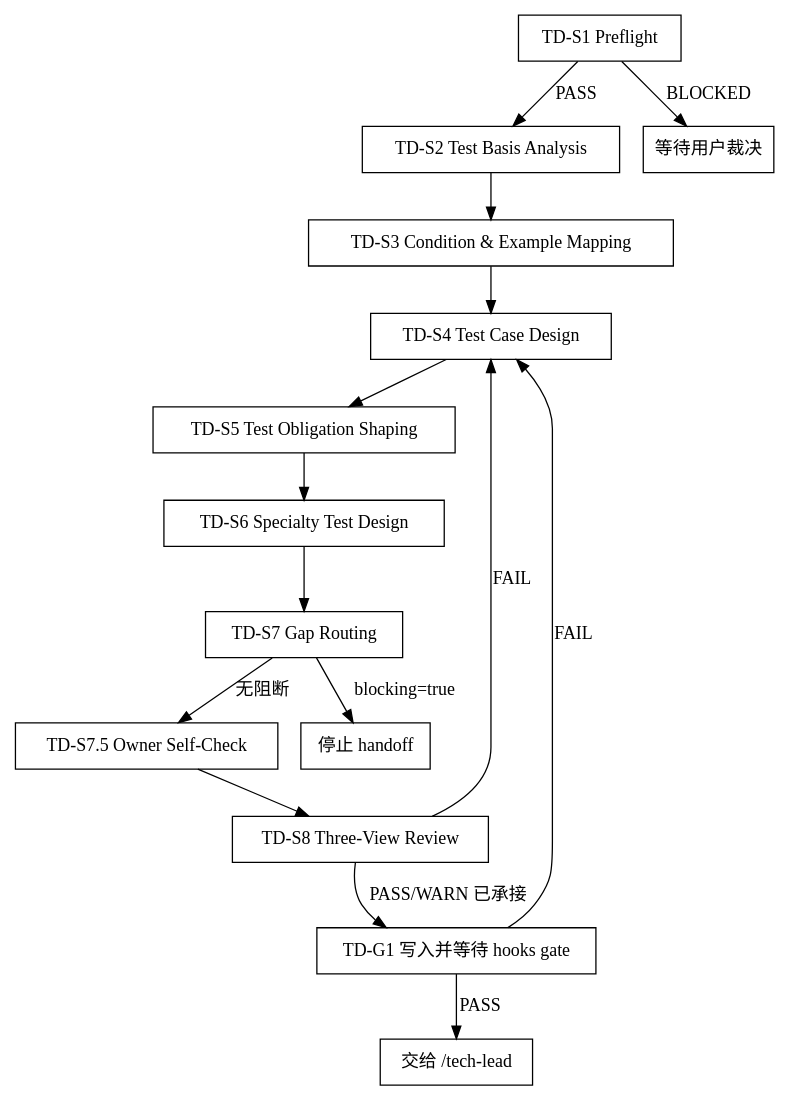
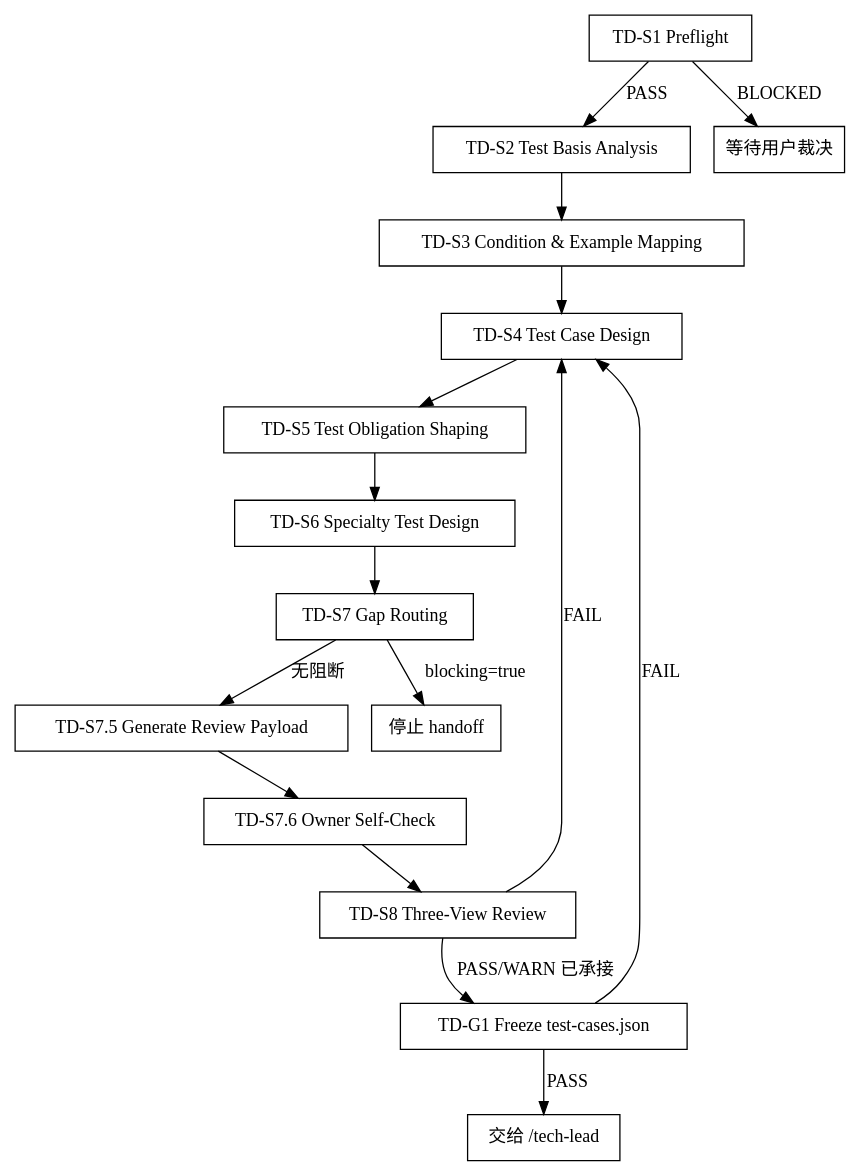
The diagram in shared/skills/test-design/SKILL.md (jieli-cqwl/org-claude-skills), drawn with Graphviz before and after one commit. The commit also changed other lines of this file and 2 other files, not shown here.

Commit message:
fix(test-design): require review of generated payload

````diff
--- a/shared/skills/test-design/SKILL.md
+++ b/shared/skills/test-design/SKILL.md
@@ -90,20 +90,21 @@
 ```dot
 digraph test_design_flow {
   rankdir=TB;
   node [shape=box];
   "TD-S1 Preflight" -> "TD-S2 Test Basis Analysis" [label="PASS"];
   "TD-S2 Test Basis Analysis" -> "TD-S3 Condition & Example Mapping";
   "TD-S3 Condition & Example Mapping" -> "TD-S4 Test Case Design";
   "TD-S4 Test Case Design" -> "TD-S5 Test Obligation Shaping";
   "TD-S5 Test Obligation Shaping" -> "TD-S6 Specialty Test Design";
   "TD-S6 Specialty Test Design" -> "TD-S7 Gap Routing";
-  "TD-S7 Gap Routing" -> "TD-S7.5 Owner Self-Check" [label="无阻断"];
-  "TD-S7.5 Owner Self-Check" -> "TD-S8 Three-View Review";
-  "TD-S8 Three-View Review" -> "TD-G1 写入并等待 hooks gate" [label="PASS/WARN 已承接"];
-  "TD-G1 写入并等待 hooks gate" -> "交给 /tech-lead" [label="PASS"];
+  "TD-S7 Gap Routing" -> "TD-S7.5 Generate Review Payload" [label="无阻断"];
+  "TD-S7.5 Generate Review Payload" -> "TD-S7.6 Owner Self-Check";
+  "TD-S7.6 Owner Self-Check" -> "TD-S8 Three-View Review";
+  "TD-S8 Three-View Review" -> "TD-G1 Freeze test-cases.json" [label="PASS/WARN 已承接"];
+  "TD-G1 Freeze test-cases.json" -> "交给 /tech-lead" [label="PASS"];
   "TD-S1 Preflight" -> "等待用户裁决" [label="BLOCKED"];
   "TD-S7 Gap Routing" -> "停止 handoff" [label="blocking=true"];
   "TD-S8 Three-View Review" -> "TD-S4 Test Case Design" [label="FAIL"];
-  "TD-G1 写入并等待 hooks gate" -> "TD-S4 Test Case Design" [label="FAIL"];
+  "TD-G1 Freeze test-cases.json" -> "TD-S4 Test Case Design" [label="FAIL"];
 }
 ```
````
